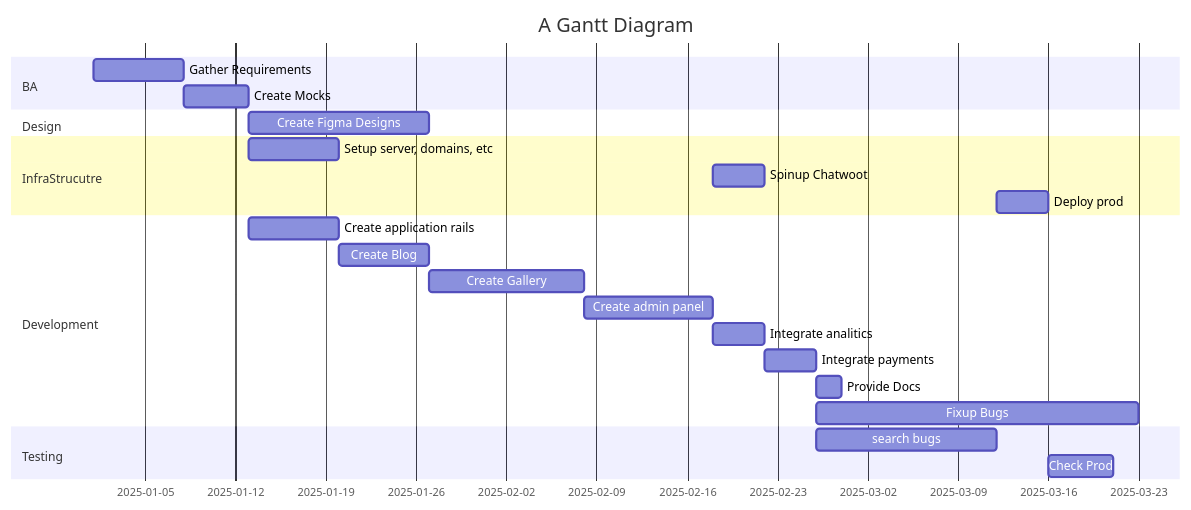
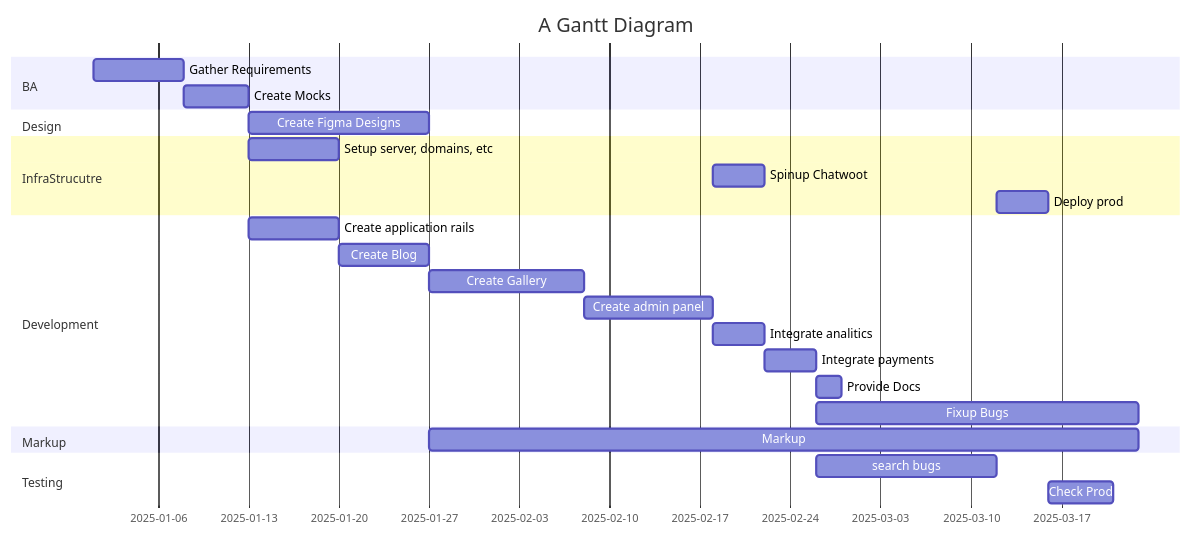
The diagram in content/NA/Sales/girls.md (nosovk/flowershow), drawn with Mermaid before and after one commit.

Commit message:
Update content content/NA/Sales/girls.md

````diff
--- a/content/NA/Sales/girls.md
+++ b/content/NA/Sales/girls.md
@@ -53,27 +53,31 @@
 ```mermaid
 gantt
     title A Gantt Diagram
     dateFormat YYYY-MM-DD
+    tickInterval 1week
+    weekday monday
     section BA
         Gather Requirements :ba1, 2025-01-01, 7d
         Create Mocks        :ba2, after ba1, 5d
     section Design
 		Create Figma Designs :d1, after ba2, 14d 
 	section InfraStrucutre
 		Setup server, domains, etc: i1, after ba2, 7d
 		Spinup Chatwoot: i2, after dev4, 4d
 		Deploy prod: i3, after qa1, 4d
 	section Development
 		Create application rails: dev1, after ba2, 7d
 		Create Blog: dev2, after dev1, 7d
 		Create Gallery: dev3, after dev2, 12d
 		Create admin panel: dev4, after dev3, 10d
 		Integrate analitics: dev5, after dev4, 4d
 		Integrate payments: dev6, after dev5, 4d 
 		Provide Docs: dev7, after dev6, 2d
 		Fixup Bugs: dev8, after dev6, 25d
+	section Markup
+		Markup: m1, after dev2, 55d
 	section Testing
 	    search bugs: qa1, after dev6, 14d
 	    Check Prod: qa2, after i3, 5d
 		
 ```
````
